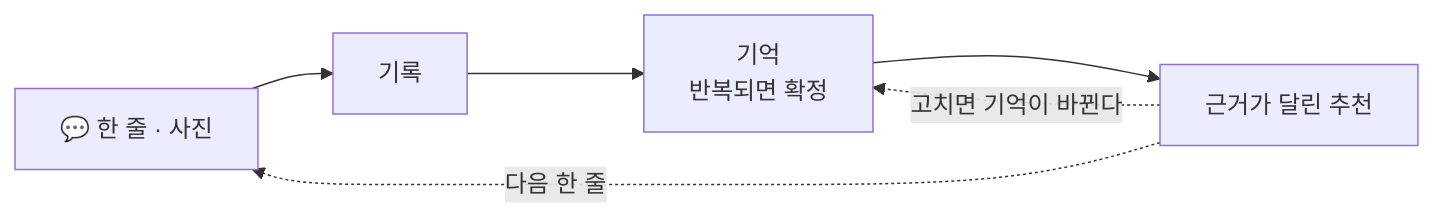
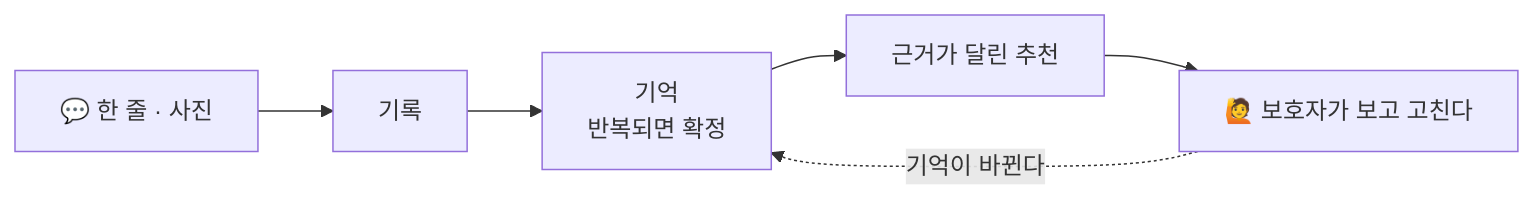
The first of 4 diagrams in README.md (kakaotechcampus-4/ktc4-pusan-3), drawn with Mermaid before and after one commit. The commit also changed other lines of this file, not shown here.

Commit message:
docs(readme): 시작 글을 한 줄로 줄이고 기억이 도는 그림을 한 방향으로 편다

````diff
--- a/README.md
+++ b/README.md
@@ -128,8 +127,8 @@
 ```mermaid
 flowchart LR
     A["💬 한 줄 · 사진"] --> B["기록"]
     B --> C["기억<br/>반복되면 확정"]
     C --> D["근거가 달린 추천"]
-    D -. "고치면 기억이 바뀐다" .-> C
-    D -. "다음 한 줄" .-> A
+    D --> E["🙋 보호자가 보고 고친다"]
+    E -. "기억이 바뀐다" .-> C
 ```
````
